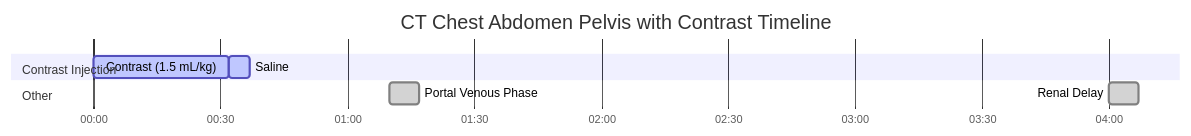
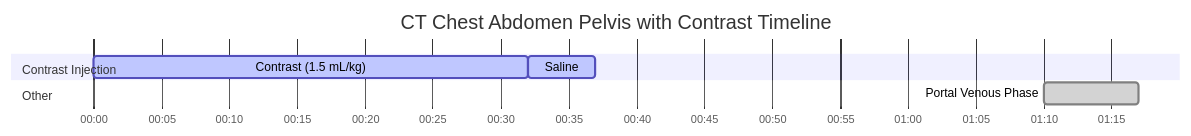
The diagram in docs/ct/abdomen/ct-chest-abdomen-pelvis-with-contrast.md (dfergs93/radiology-protocols), drawn with Mermaid before and after one commit. The commit also changed other lines of this file and 85 other files, not shown here.

Commit message:
Regenerate protocol markdown files with acquisition-diagram placeholder

````diff
--- a/docs/ct/abdomen/ct-chest-abdomen-pelvis-with-contrast.md
+++ b/docs/ct/abdomen/ct-chest-abdomen-pelvis-with-contrast.md
@@ -85,19 +83,18 @@
   ```mermaid
   ---
   displayMode: compact
   config:
     theme: default
     themeCSS: " #Saline{ fill: #4ed5ff; stroke: #2094f3; } "
   ---
     gantt
       title CT Chest Abdomen Pelvis with Contrast Timeline
       dateFormat mm:ss
       axisFormat %M:%S 
       
       section Contrast Injection
       Contrast (1.5 mL/kg)    :active, contrast, 00:00, 32s
       Saline          :active, saline, after contrast, 5s
       section Other
       Portal Venous Phase    :done, scan1, 01:10, 7s
-      Renal Delay    :done, scan2, 04:00, 7s
   ```
````
